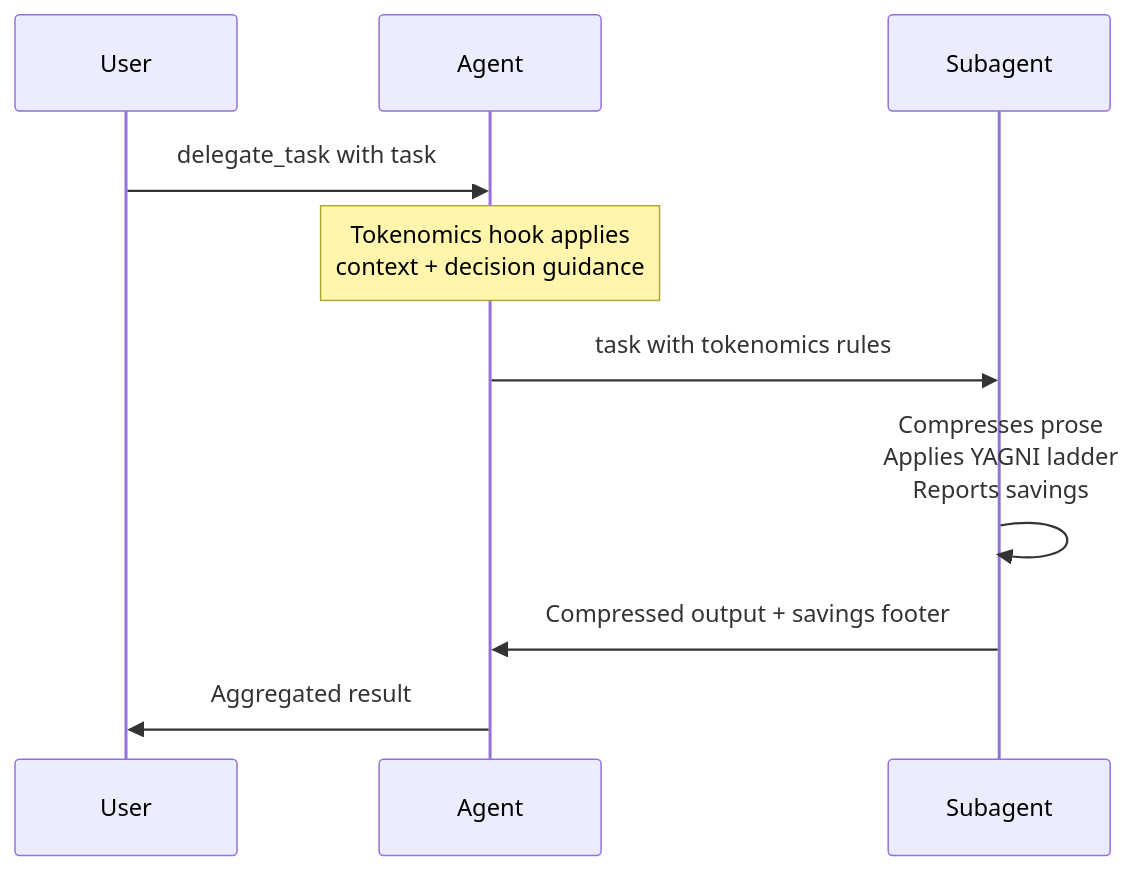
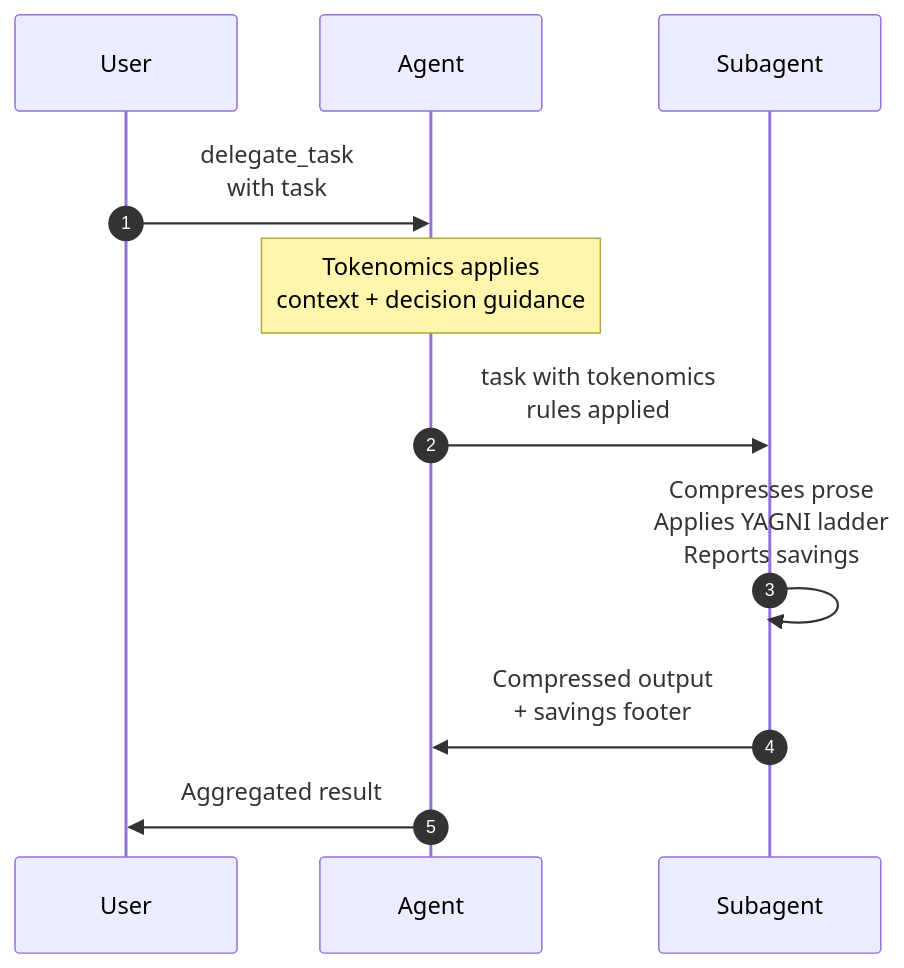
The third of 3 diagrams in README.md (z99wE/tokenomics-plugin), drawn with Mermaid before and after one commit. The commit also changed other lines of this file, not shown here.

First line of the commit message:
v2.3.8: Improve Mermaid diagram legibility

````diff
--- a/README.md
+++ b/README.md
@@ -103,12 +123,15 @@
 ```mermaid
 sequenceDiagram
     participant U as User
     participant A as Agent
     participant S as Subagent
-    U->>A: delegate_task with task
-    Note over A: Tokenomics hook applies<br/>context + decision guidance
-    A->>S: task with tokenomics rules
+
+    autonumber
+
+    U->>A: delegate_task<br/>with task
+    Note over A: Tokenomics applies<br/>context + decision guidance
+    A->>S: task with tokenomics<br/>rules applied
     S->>S: Compresses prose<br/>Applies YAGNI ladder<br/>Reports savings
-    S->>A: Compressed output + savings footer
+    S->>A: Compressed output<br/>+ savings footer
     A->>U: Aggregated result
 ```
````
